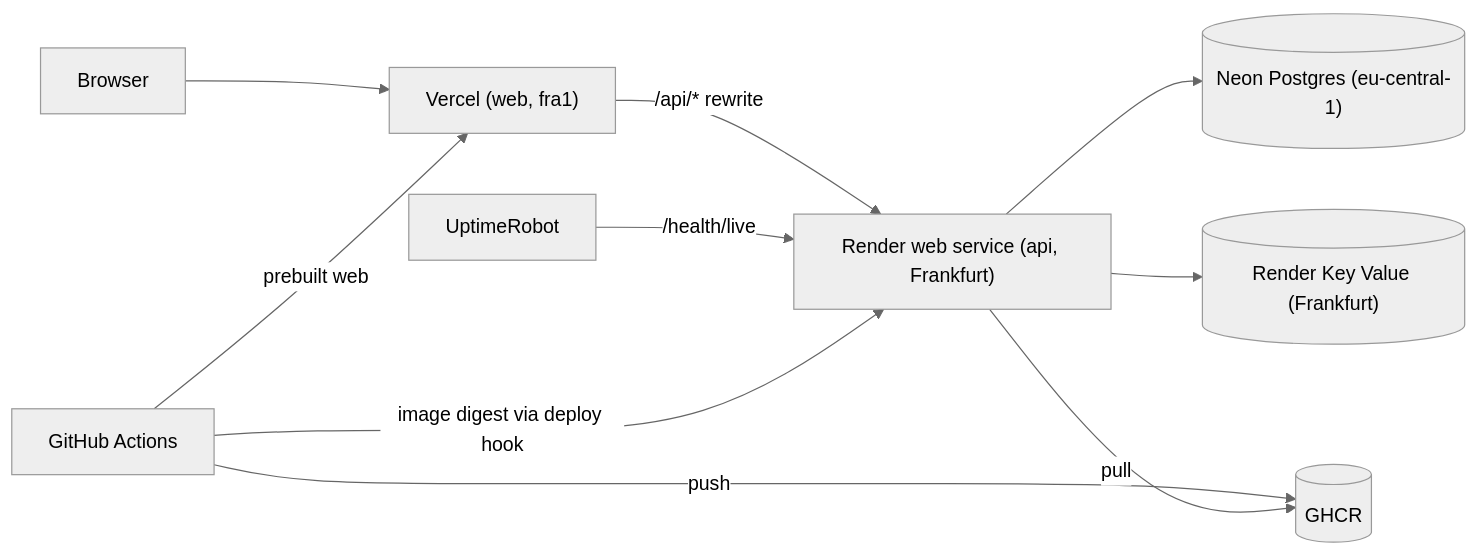
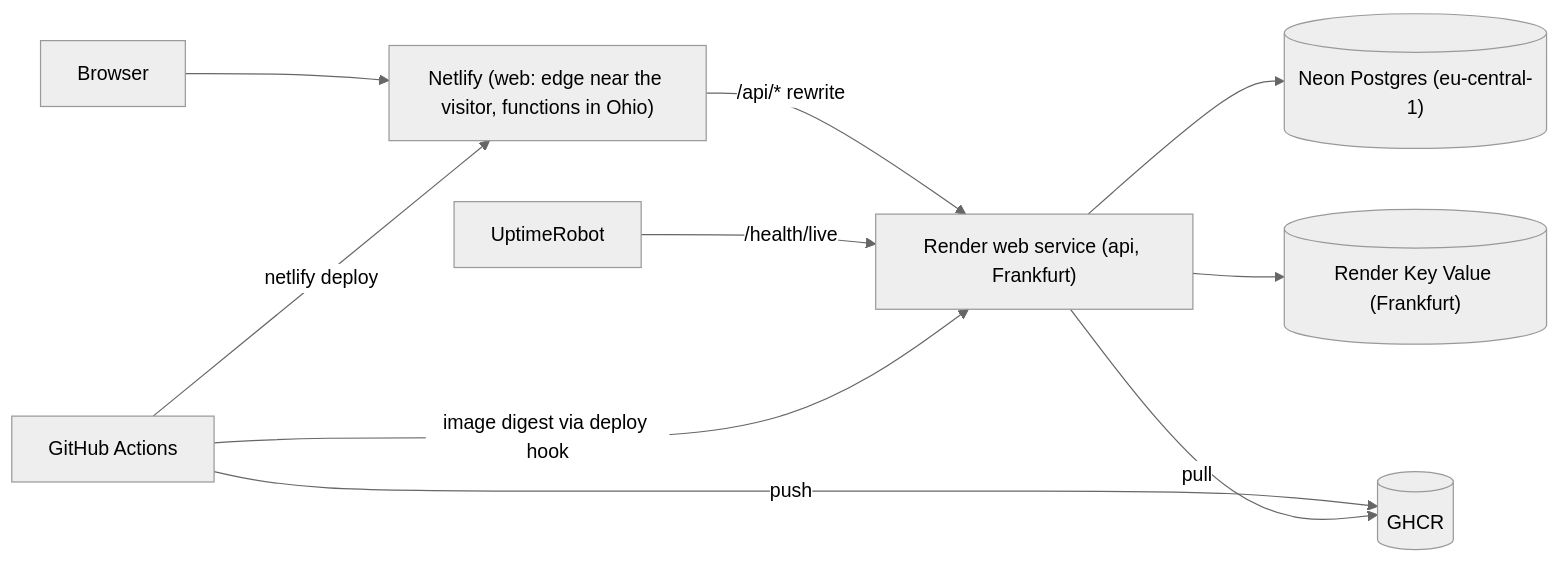
Before and after one commit to Vladimir0087/clientry: the diagram in docs/deployment.md, drawn with Mermaid (neutral theme). The commit also changed other lines of this file and 25 other files, not shown here.

First line of the commit message:
feat: deploy web to netlify (#9)

````diff
--- a/docs/deployment.md
+++ b/docs/deployment.md
@@ -8,12 +9,12 @@
 ```mermaid
 flowchart LR
-  browser[Browser] --> vercel["Vercel (web, fra1)"]
-  vercel -- "/api/* rewrite" --> render["Render web service (api, Frankfurt)"]
+  browser[Browser] --> netlify["Netlify (web: edge near the visitor, functions in Ohio)"]
+  netlify -- "/api/* rewrite" --> render["Render web service (api, Frankfurt)"]
   render --> neon[("Neon Postgres (eu-central-1)")]
   render --> valkey[("Render Key Value (Frankfurt)")]
   pinger[UptimeRobot] -- "/health/live" --> render
   ci[GitHub Actions] -- "image digest via deploy hook" --> render
-  ci -- "prebuilt web" --> vercel
+  ci -- "netlify deploy" --> netlify
   ci -- "push" --> ghcr[(GHCR)]
   render -- "pull" --> ghcr
 ```
````
